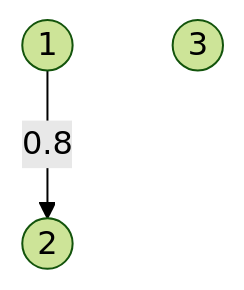
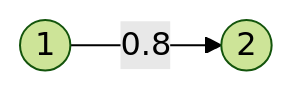
The third of 5 diagrams in docs/server/concepts.md (will-langdale/matchbox), drawn with Mermaid (forest theme) before and after one commit. The commit also changed other lines of this file and 7 other files, not shown here.

````diff
--- a/docs/server/concepts.md
+++ b/docs/server/concepts.md
@@ -112,7 +119,6 @@
 ```mermaid
-graph TD
+graph LR
     1((1))
     2((2))
-    3((3))
     1 -- 0.8 --> 2
 ```
````
